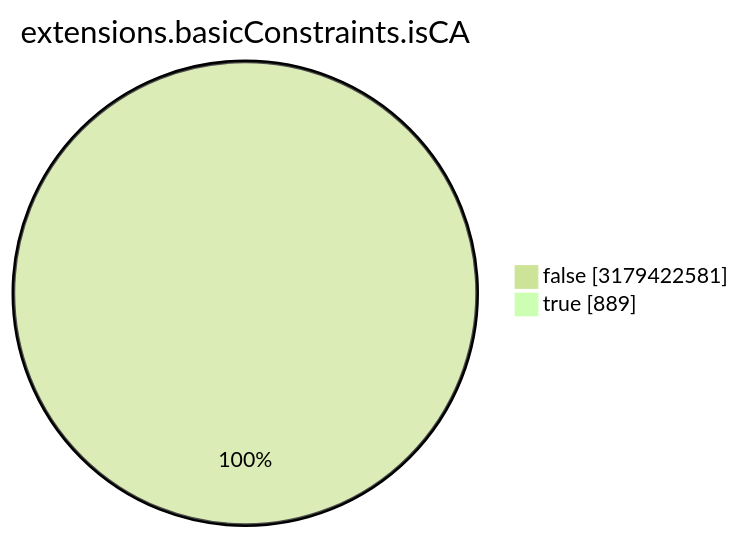
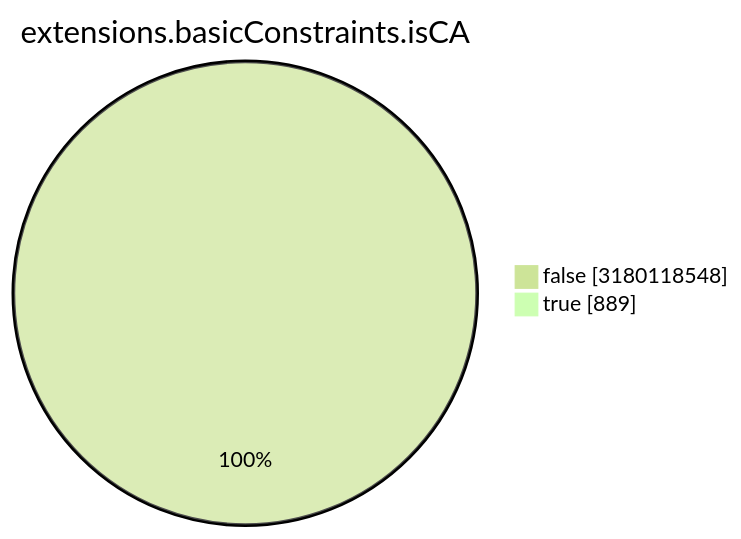
Before and after one commit to christiankrug/ctmonitor_visualization: the seventh of 15 diagrams in TOTAL/README.md, drawn with Mermaid (forest theme). The commit also changed other lines of this file, not shown here.

````diff
--- a/TOTAL/README.md
+++ b/TOTAL/README.md
@@ -3088,6 +3088,6 @@
 ```mermaid
 pie showData
 title extensions.basicConstraints.isCA
-"false" :3179422581
+"false" :3180118548
 "true" :889
 ```
````
